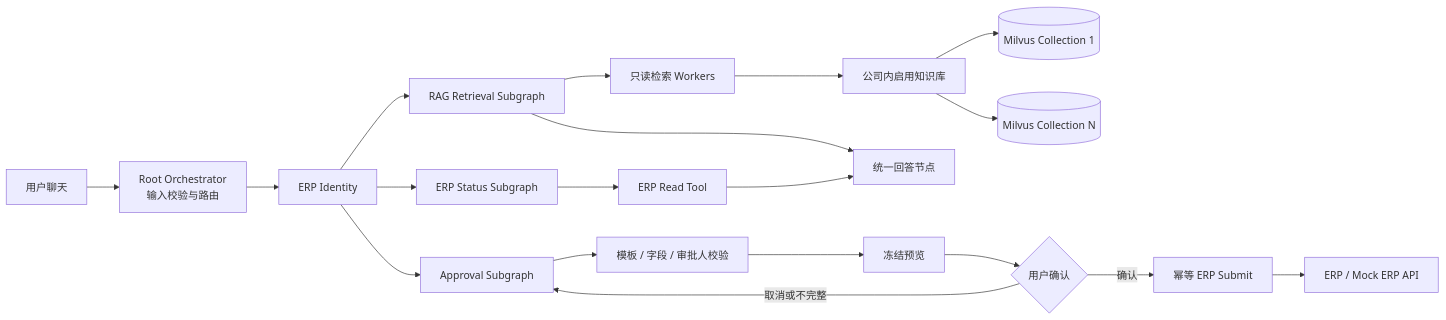
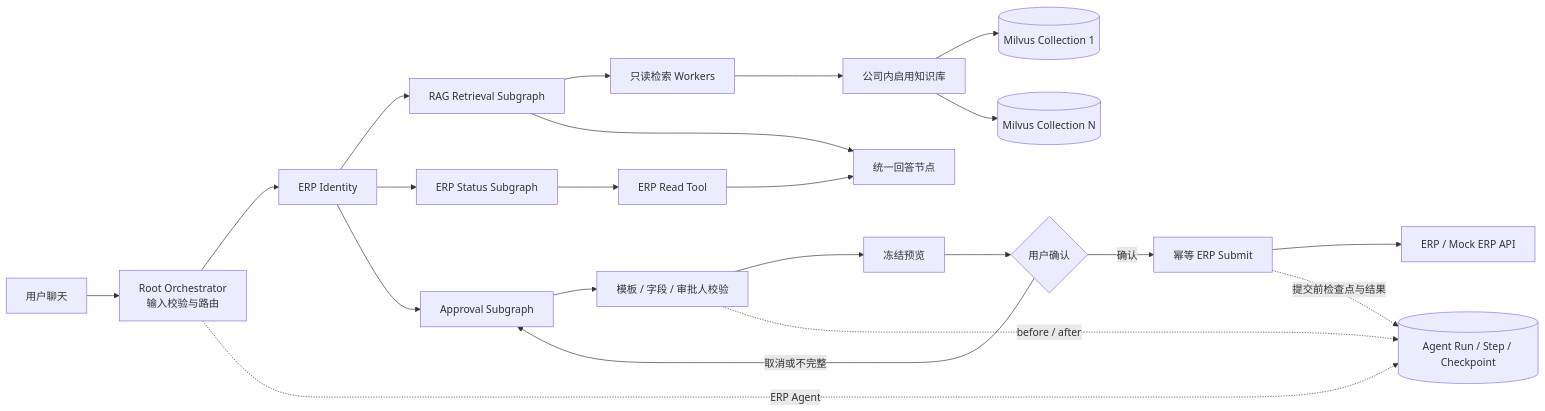
One commit to sangdongbo/langchain_study changed the diagram in ai_erp_rag_assistant/docs/ARCHITECTURE.md. Above: the diagram before and after it, drawn with Mermaid. The commit also changed other lines of this file and 132 other files, not shown here.

````diff
--- a/ai_erp_rag_assistant/docs/ARCHITECTURE.md
+++ b/ai_erp_rag_assistant/docs/ARCHITECTURE.md
@@ -3,21 +3,24 @@
 ```mermaid
 flowchart LR
     U[用户聊天] --> G[Root Orchestrator\n输入校验与路由]
     G --> I[ERP Identity]
     I --> R[RAG Retrieval Subgraph]
     I --> S[ERP Status Subgraph]
     I --> A[Approval Subgraph]
     R --> W1[只读检索 Workers]
     W1 --> K[公司内启用知识库]
     K --> M1[(Milvus Collection 1)]
     K --> M2[(Milvus Collection N)]
     R --> L[统一回答节点]
     S --> E[ERP Read Tool]
     E --> L
     A --> F[模板 / 字段 / 审批人校验]
     F --> P[冻结预览]
     P --> C{用户确认}
     C -->|确认| T[幂等 ERP Submit]
     C -->|取消或不完整| A
     T --> API[ERP / Mock ERP API]
+    G -. ERP Agent .-> D[(Agent Run / Step / Checkpoint)]
+    F -. before / after .-> D
+    T -. 提交前检查点与结果 .-> D
 ```
````
